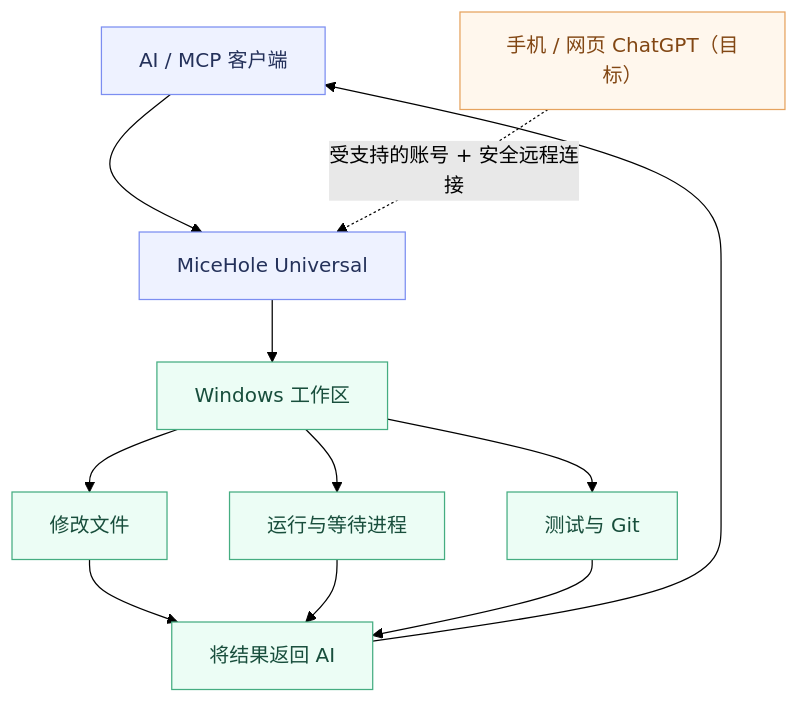
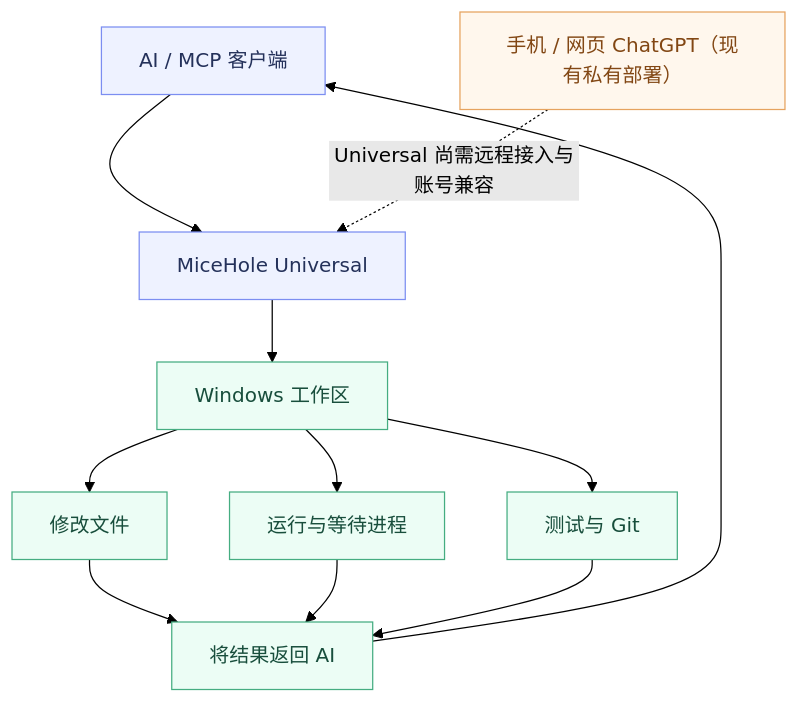
Before and after one commit to ndshuge/micehole: the diagram in README.md, drawn with Mermaid (forest theme). The commit also changed other lines of this file and 5 other files, not shown here.

Commit message:
Clarify free Codex positioning and ChatGPT plugin onboarding

```diff
--- a/README.md
+++ b/README.md
@@ -49,19 +49,19 @@
 ~~~mermaid
 flowchart TB
     A["AI / MCP 客户端"] --> B["MiceHole Universal"]
     B --> C["Windows 工作区"]
     C --> D["修改文件"]
     C --> E["运行与等待进程"]
     C --> F["测试与 Git"]
     D --> G["将结果返回 AI"]
     E --> G
     F --> G
     G --> A
-    H["手机 / 网页 ChatGPT（目标）"] -. "受支持的账号 + 安全远程连接" .-> B
+    H["手机 / 网页 ChatGPT（现有私有部署）"] -. "Universal 尚需远程接入与账号兼容" .-> B
     classDef core fill:#eef2ff,stroke:#7c8ef1,color:#24315a
     classDef local fill:#ecfdf5,stroke:#45ad81,color:#184e3c
     classDef future fill:#fff7ed,stroke:#e6a35f,color:#824714
     class A,B core
     class C,D,E,F,G local
     class H future
 ~~~
```
